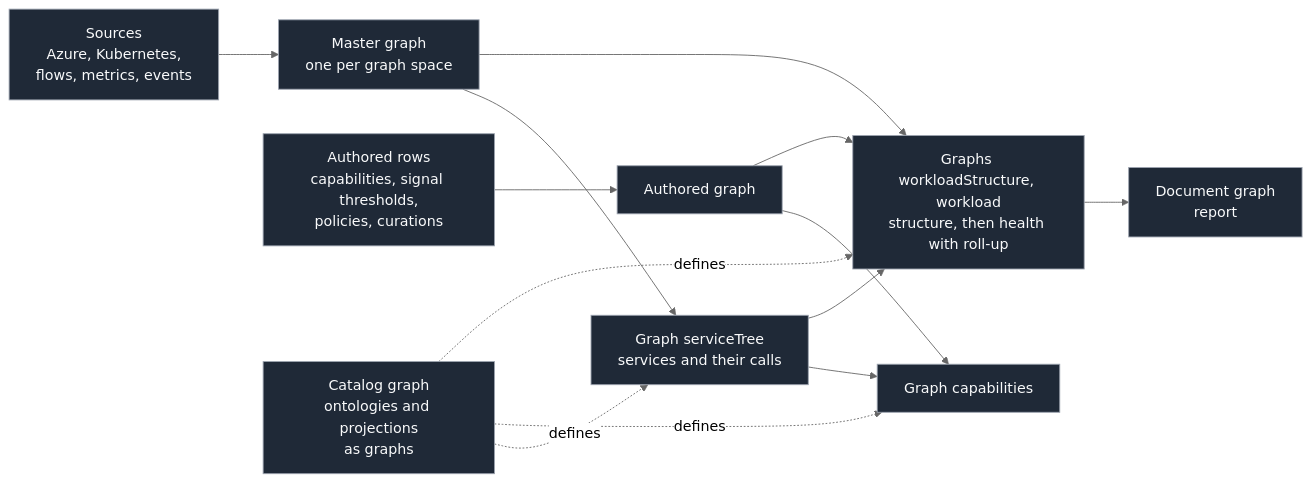
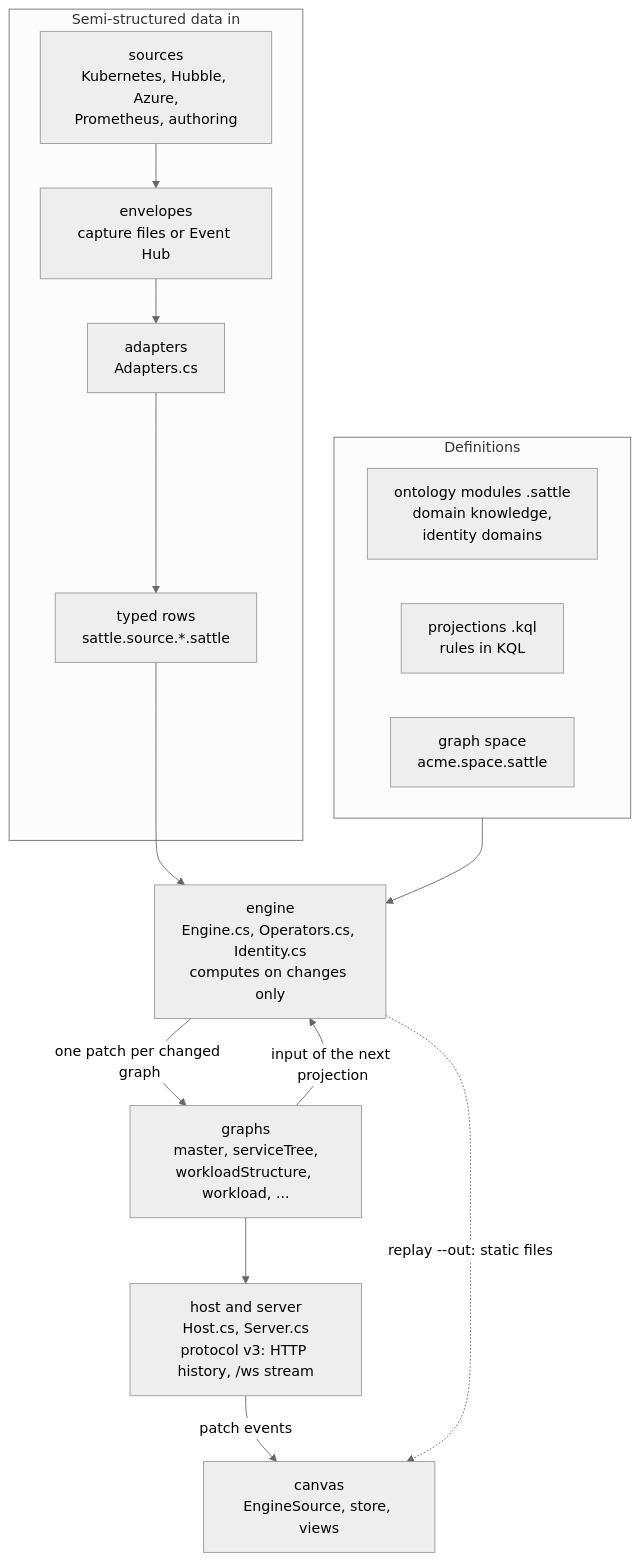
One commit to abossard/sattle changed the first of 3 diagrams in README.md. Above: the diagram before and after it, drawn with Mermaid (neutral theme). The commit also changed other lines of this file, not shown here.

Commit message:
README: pipeline flowchart, sequence diagram of one change, graph space diagram from the 13 bindings; prose cut #52

````diff
--- a/README.md
+++ b/README.md
@@ -113,17 +5,25 @@
 ```mermaid
-flowchart LR
-  S["Sources<br/>Azure, Kubernetes,<br/>flows, metrics, events"] --> M["Master graph<br/>one per graph space"]
-  W["Authored rows<br/>capabilities, signal thresholds,<br/>policies, curations"] --> A["Authored graph"]
-  M --> P1["Graph serviceTree<br/>services and their calls"]
-  P1 --> P2["Graph capabilities"]
-  A --> P2
-  A --> H
-  M --> H["Graphs workloadStructure, workload<br/>structure, then health with roll-up"]
-  P1 --> H
-  H --> D["Document graph<br/>report"]
-  C["Catalog graph<br/>ontologies and projections<br/>as graphs"] -.defines.-> P1
-  C -.defines.-> P2
-  C -.defines.-> H
-  classDef box fill:#1f2937,stroke:#9ca3af,color:#f9fafb;
-  class S,W,M,A,P1,P2,H,D,C box;
+flowchart TB
+  subgraph IN["Semi-structured data in"]
+    SRC["sources<br/>Kubernetes, Hubble, Azure,<br/>Prometheus, authoring"]
+    ENV["envelopes<br/>capture files or Event Hub"]
+    AD["adapters<br/>Adapters.cs"]
+    ROWS["typed rows<br/>sattle.source.*.sattle"]
+    SRC --> ENV --> AD --> ROWS
+  end
+  subgraph DEF["Definitions"]
+    ONT["ontology modules .sattle<br/>domain knowledge,<br/>identity domains"]
+    KQL["projections .kql<br/>rules in KQL"]
+    SP["graph space<br/>acme.space.sattle"]
+  end
+  ENG["engine<br/>Engine.cs, Operators.cs, Identity.cs<br/>computes on changes only"]
+  G["graphs<br/>master, serviceTree,<br/>workloadStructure, workload, ..."]
+  HOST["host and server<br/>Host.cs, Server.cs<br/>protocol v3: HTTP history, /ws stream"]
+  CV["canvas<br/>EngineSource, store, views"]
+  ROWS --> ENG
+  DEF --> ENG
+  ENG -->|"one patch per changed graph"| G
+  G -->|"input of the next projection"| ENG
+  G --> HOST -->|"patch events"| CV
+  ENG -.->|"replay --out: static files"| CV
 ```
````
